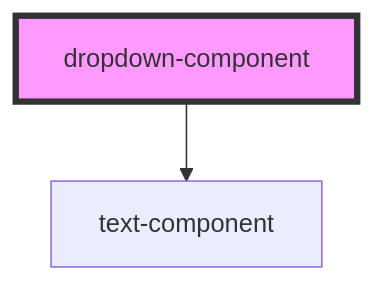
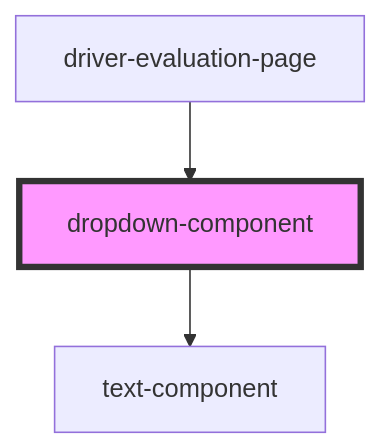
The diagram in packages/components/src/components/dropdown-component/readme.md (design-system-dev/scania-dev-test), drawn with Mermaid before and after one commit. The commit also changed other lines of this file and 2 other files, not shown here.

Commit message:
feat(driver-evaluation-page): add dropdown

````diff
--- a/packages/components/src/components/dropdown-component/readme.md
+++ b/packages/components/src/components/dropdown-component/readme.md
@@ -23,5 +27,6 @@
 ```mermaid
 graph TD;
   dropdown-component --> text-component
+  driver-evaluation-page --> dropdown-component
   style dropdown-component fill:#f9f,stroke:#333,stroke-width:4px
 ```
````
